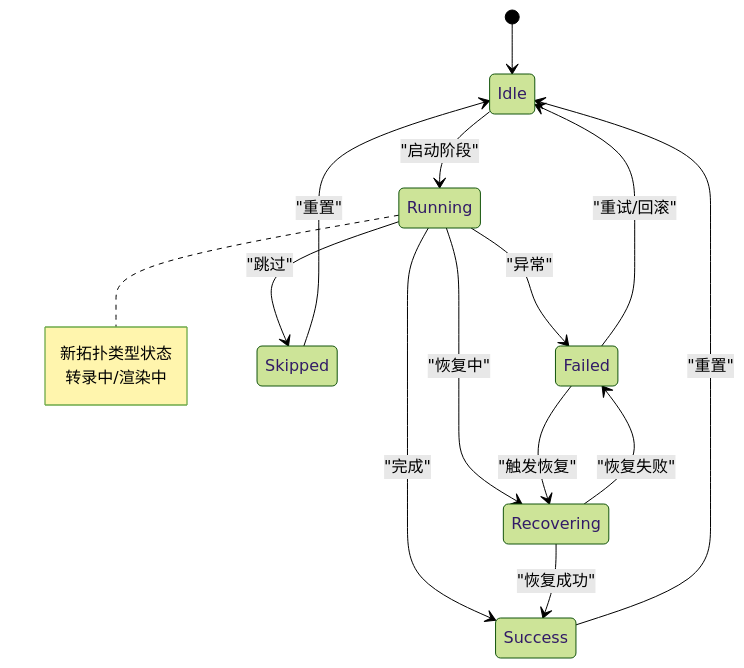
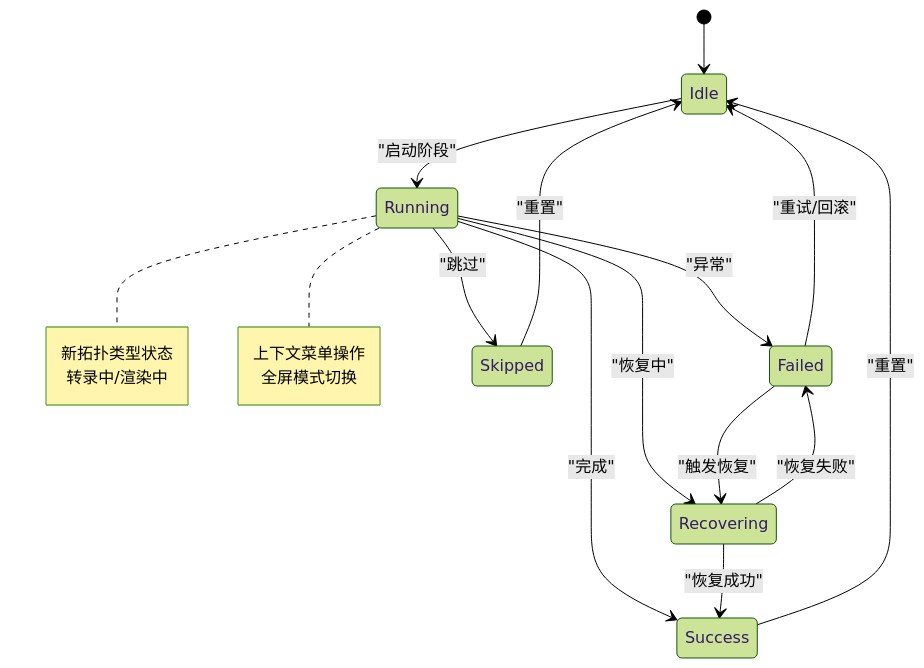
One commit to scottcwy/PurpleInk changed diagram 16 of 19 in .qoder/repowiki/zh/content/画布编辑器/画布编辑器.md. Above: the diagram before and after it, drawn with Mermaid (forest theme). The commit also changed other lines of this file and 23 other files, not shown here.

````diff
--- a/.qoder/repowiki/zh/content/画布编辑器/画布编辑器.md
+++ b/.qoder/repowiki/zh/content/画布编辑器/画布编辑器.md
@@ -704,16 +871,17 @@
 ```mermaid
 stateDiagram-v2
 [*] --> Idle
 Idle --> Running : "启动阶段"
 Running --> Success : "完成"
 Running --> Failed : "异常"
 Running --> Skipped : "跳过"
 Running --> Recovering : "恢复中"
 Failed --> Recovering : "触发恢复"
 Recovering --> Success : "恢复成功"
 Recovering --> Failed : "恢复失败"
 Success --> Idle : "重置"
 Failed --> Idle : "重试/回滚"
 Skipped --> Idle : "重置"
 note right of Running : 新拓扑类型状态<br/>转录中/渲染中
+note right of Running : 上下文菜单操作<br/>全屏模式切换
 ```
````
